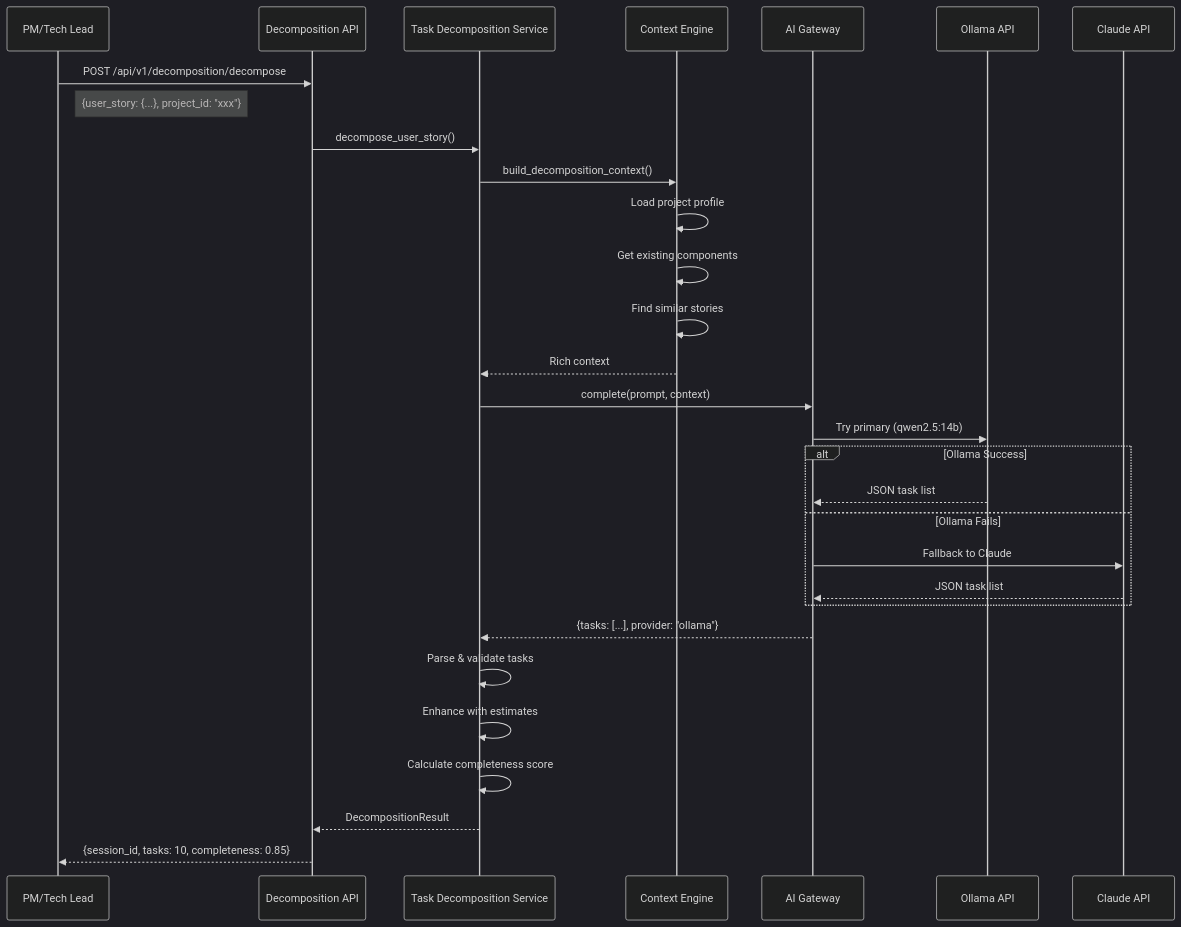
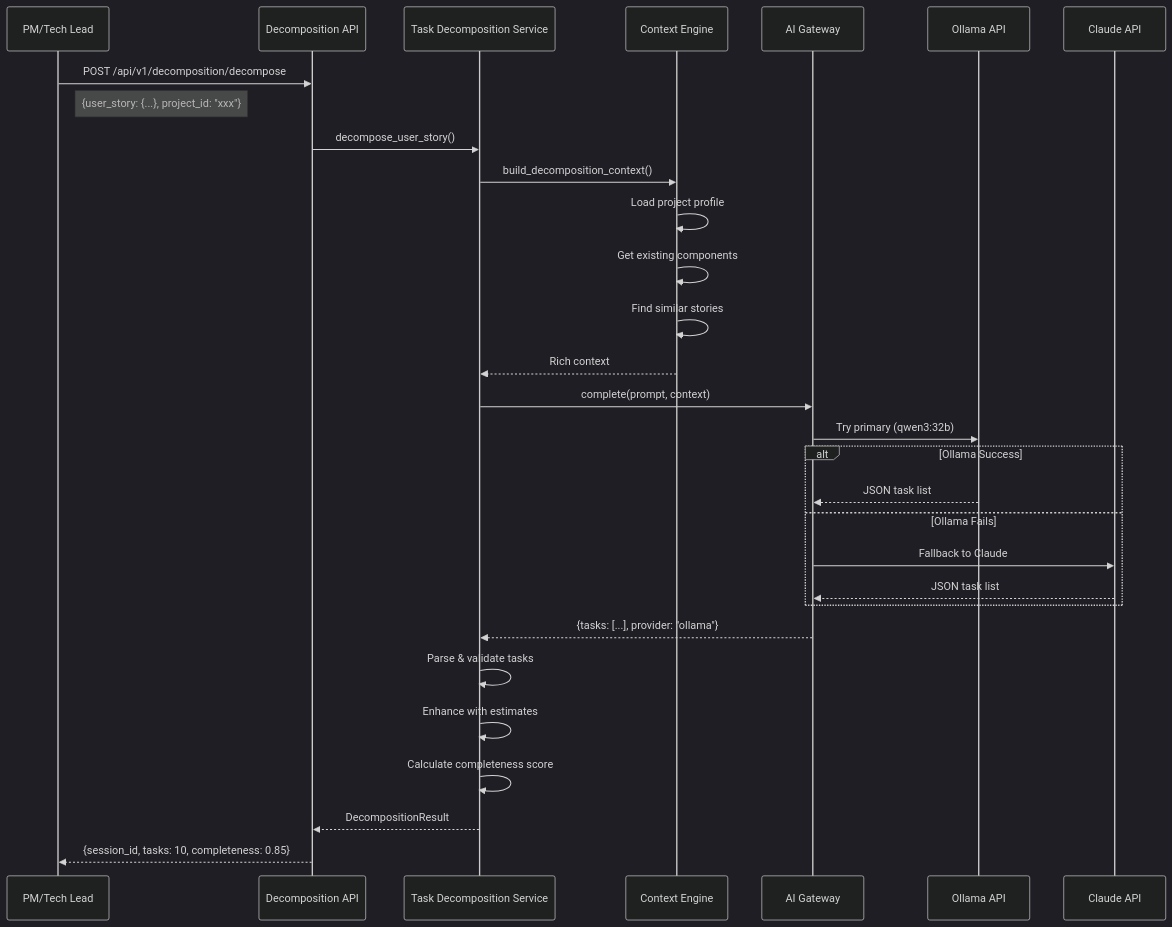
Before and after one commit to Minh-Tam-Solution/SDLC-Orchestrator: diagram 18 of 21 in docs/02-design/02-System-Architecture/Technical-Design-Document.md, drawn with Mermaid (dark theme). The commit also changed other lines of this file and 232 other files, not shown here.

````diff
--- a/docs/02-design/02-System-Architecture/Technical-Design-Document.md
+++ b/docs/02-design/02-System-Architecture/Technical-Design-Document.md
@@ -1153,38 +1153,38 @@
 ```mermaid
 sequenceDiagram
     participant PM as PM/Tech Lead
     participant API as Decomposition API
     participant Service as Task Decomposition Service
     participant Context as Context Engine
     participant AI as AI Gateway
     participant Ollama as Ollama API
     participant Claude as Claude API
 
     PM->>API: POST /api/v1/decomposition/decompose
     Note right of PM: {user_story: {...}, project_id: "xxx"}
 
     API->>Service: decompose_user_story()
     Service->>Context: build_decomposition_context()
     Context->>Context: Load project profile
     Context->>Context: Get existing components
     Context->>Context: Find similar stories
     Context-->>Service: Rich context
 
     Service->>AI: complete(prompt, context)
-    AI->>Ollama: Try primary (qwen2.5:14b)
+    AI->>Ollama: Try primary (qwen3:32b)
 
     alt Ollama Success
         Ollama-->>AI: JSON task list
     else Ollama Fails
         AI->>Claude: Fallback to Claude
         Claude-->>AI: JSON task list
     end
 
     AI-->>Service: {tasks: [...], provider: "ollama"}
     Service->>Service: Parse & validate tasks
     Service->>Service: Enhance with estimates
     Service->>Service: Calculate completeness score
     Service-->>API: DecompositionResult
 
     API-->>PM: {session_id, tasks: 10, completeness: 0.85}
 ```
````
